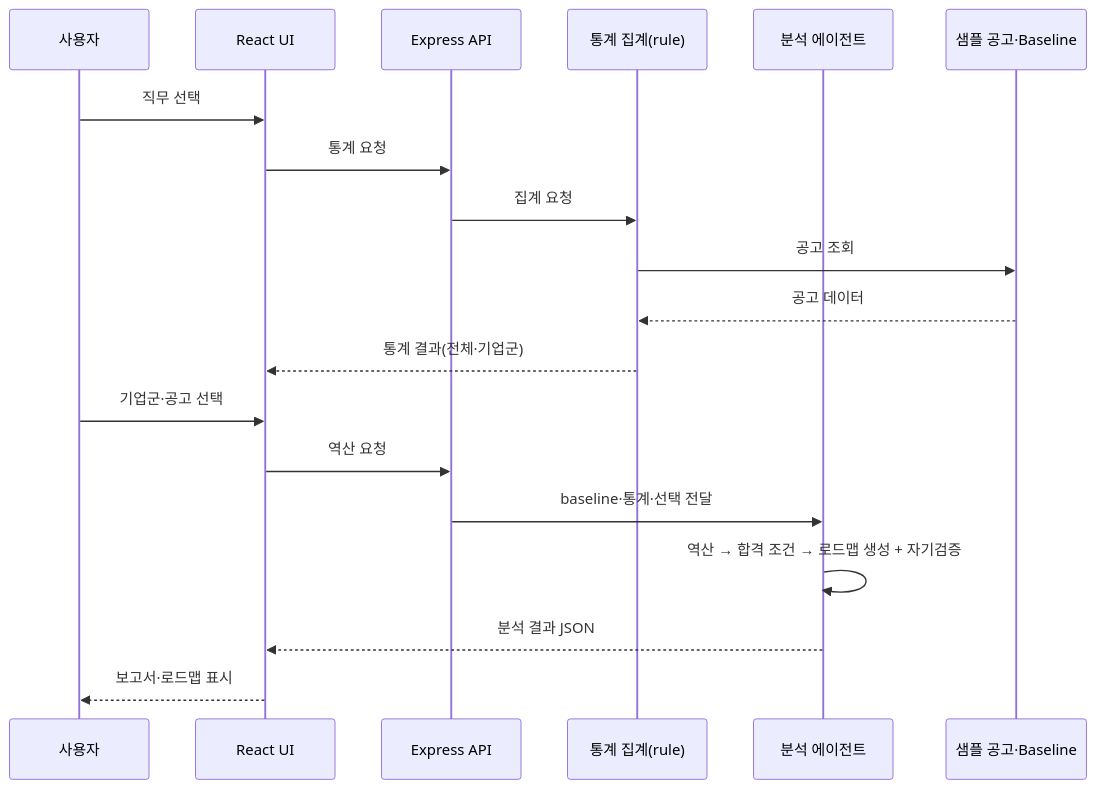
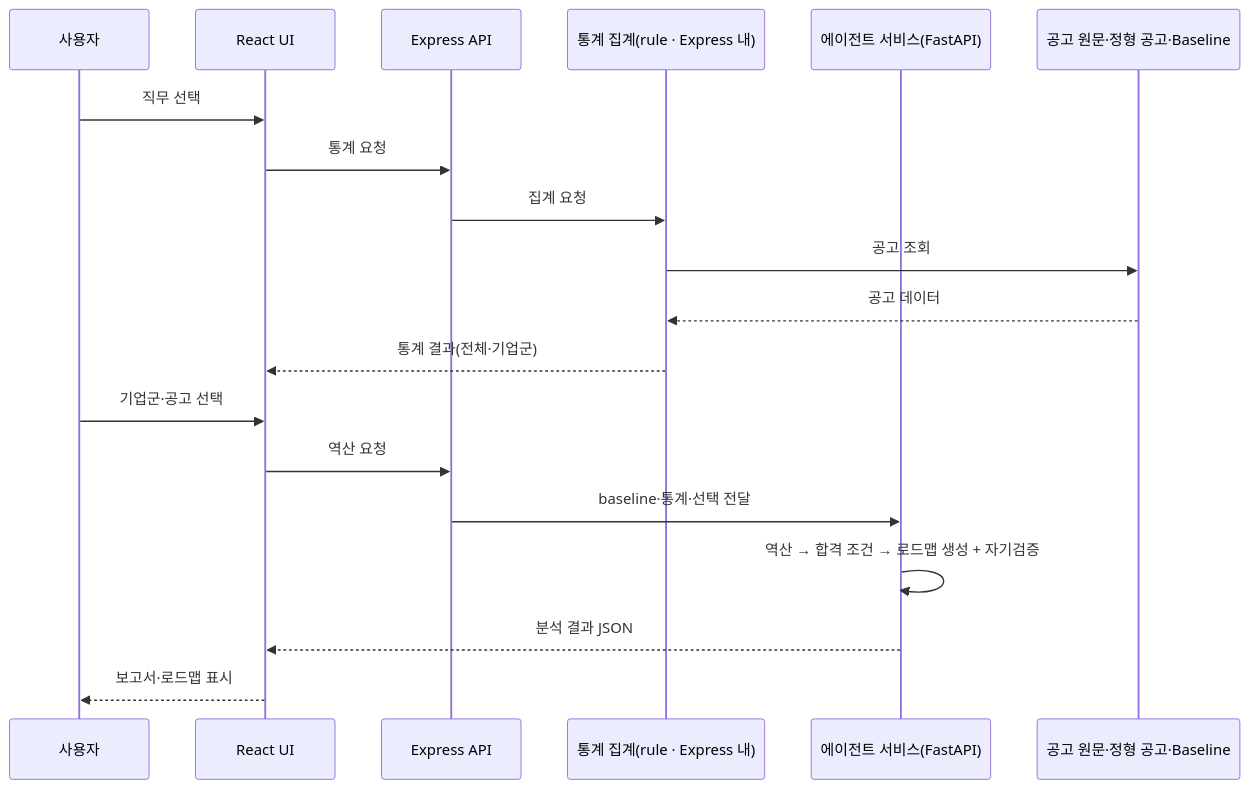
One commit to Mureung1/hub-showcase changed the third of 3 diagrams in docs/architecture.md. Above: the diagram before and after it, drawn with Mermaid. The commit also changed other lines of this file and 3 other files, not shown here.

Commit message:
docs: rewrite architecture in declarative spec style with agent structure

````diff
--- a/docs/architecture.md
+++ b/docs/architecture.md
@@ -69,22 +92,22 @@
 ```mermaid
 sequenceDiagram
     participant User as 사용자
     participant UI as React UI
     participant API as Express API
-    participant Stat as 통계 집계(rule)
-    participant Agent as 분석 에이전트
-    participant Data as 샘플 공고·Baseline
+    participant Stat as 통계 집계(rule · Express 내)
+    participant Agent as 에이전트 서비스(FastAPI)
+    participant Data as 공고 원문·정형 공고·Baseline
 
     User->>UI: 직무 선택
     UI->>API: 통계 요청
     API->>Stat: 집계 요청
     Stat->>Data: 공고 조회
     Data-->>Stat: 공고 데이터
     Stat-->>UI: 통계 결과(전체·기업군)
     User->>UI: 기업군·공고 선택
     UI->>API: 역산 요청
     API->>Agent: baseline·통계·선택 전달
     Agent->>Agent: 역산 → 합격 조건 → 로드맵 생성 + 자기검증
     Agent-->>UI: 분석 결과 JSON
     UI-->>User: 보고서·로드맵 표시
 ```
````
